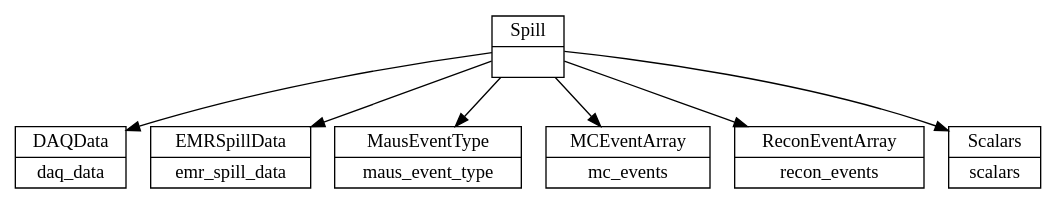
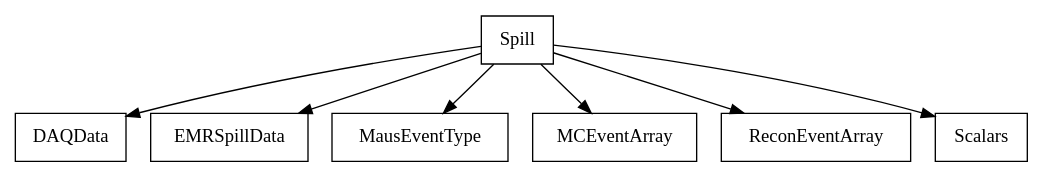
The diagram in figs/spill_datastructure.dot (durgarajaram/maus-software-paper), drawn with Graphviz before and after one commit. The commit also changed 21 other files, not shown here.

```diff
--- a/figs/spill_datastructure.dot
+++ b/figs/spill_datastructure.dot
@@ -1,19 +1,19 @@
 // generate using "dot spill_structure.dot -Tpdf -o spill_structure.pdf"
 
 digraph G {
   node [shape=record];
-  root_item [shape=record, label="{Spill|}"]
-  daq_data [shape=record, label="{DAQData|daq_data}"]
-  emr_spill_data [shape=record, label="{EMRSpillData|emr_spill_data}"]
-  maus_event_type [shape=record, label="{MausEventType|maus_event_type}"]
-  mc_events [shape=record, label="{MCEventArray|mc_events}"]
-  recon_events [shape=record, label="{ReconEventArray|recon_events}"]
-  scalars [shape=record, label="{Scalars|scalars}"]
+  root_item [shape=record, label="{Spill}"]
+  daq_data [shape=record, label="{DAQData}"]
+  emr_spill_data [shape=record, label="{EMRSpillData}"]
+  maus_event_type [shape=record, label="{MausEventType}"]
+  mc_events [shape=record, label="{MCEventArray}"]
+  recon_events [shape=record, label="{ReconEventArray}"]
+  scalars [shape=record, label="{Scalars}"]
 
   root_item -> daq_data
   root_item -> emr_spill_data
   root_item -> maus_event_type
   root_item -> mc_events
   root_item -> recon_events
   root_item -> scalars
 }
```
